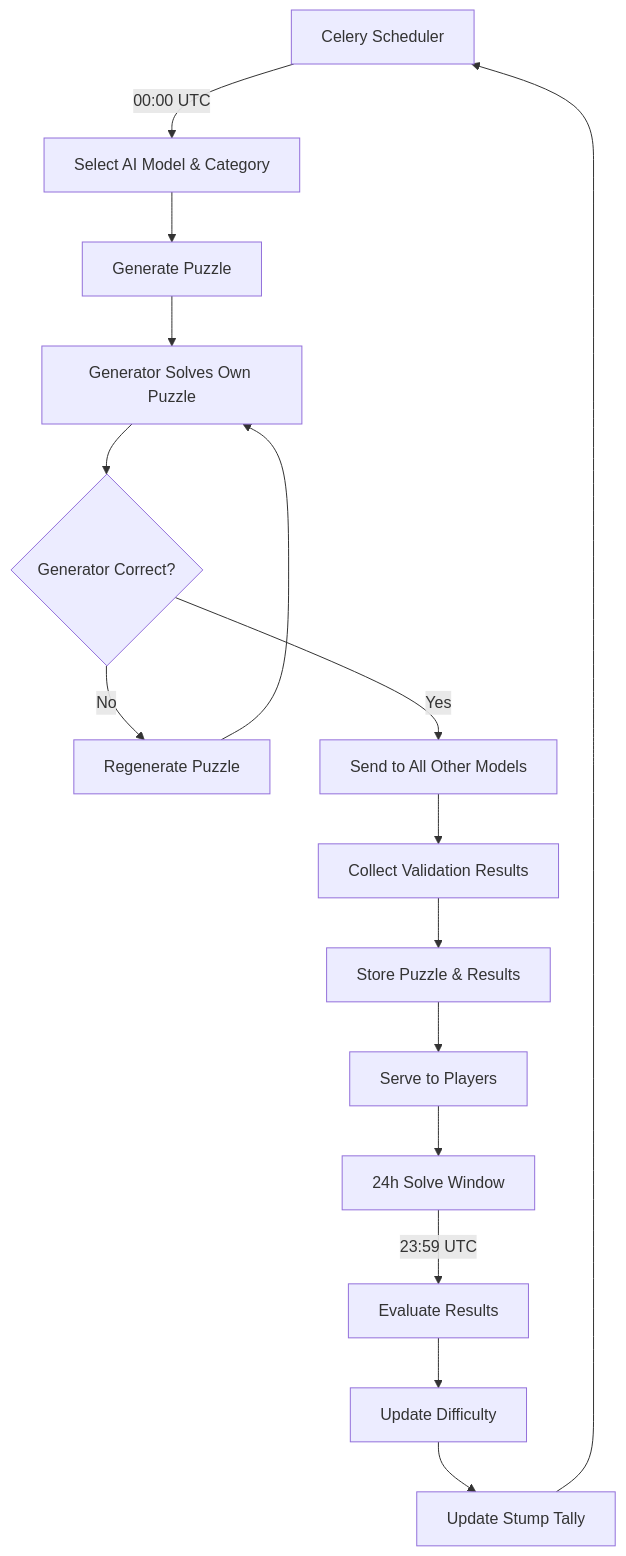
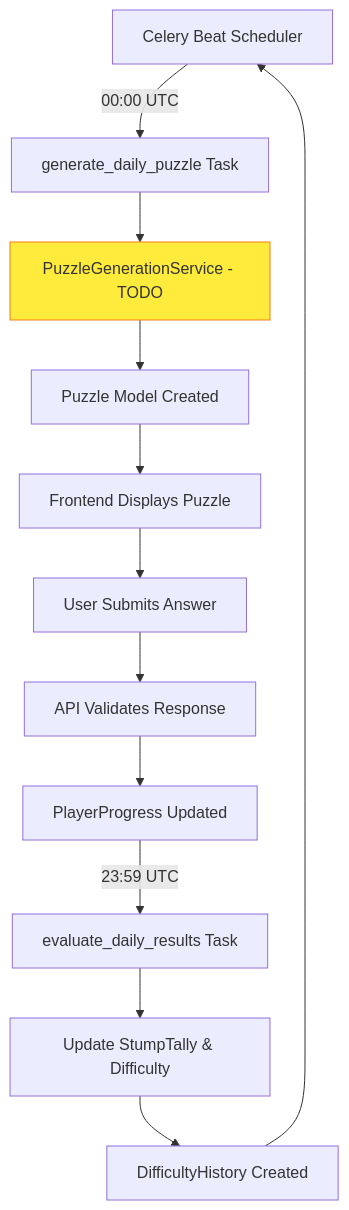
One commit to decross1/the_daily_puzzle changed the diagram in CLAUDE.md. Above: the diagram before and after it, drawn with Mermaid. The commit also changed other lines of this file, not shown here.

Commit message:
update progress in claude file

````diff
--- a/CLAUDE.md
+++ b/CLAUDE.md
@@ -46,18 +51,17 @@
 ```mermaid
 graph TD
-    A[Celery Scheduler] -->|00:00 UTC| B[Select AI Model & Category]
-    B --> C[Generate Puzzle]
-    C --> D[Generator Solves Own Puzzle]
-    D --> E{Generator Correct?}
-    E -->|No| F[Regenerate Puzzle]
-    F --> D
-    E -->|Yes| G[Send to All Other Models]
-    G --> H[Collect Validation Results]
-    H --> I[Store Puzzle & Results]
-    I --> J[Serve to Players]
-    J --> K[24h Solve Window]
-    K -->|23:59 UTC| L[Evaluate Results]
-    L --> M[Update Difficulty]
-    M --> N[Update Stump Tally]
-    N --> A
+    A[Celery Beat Scheduler] -->|00:00 UTC| B[generate_daily_puzzle Task]
+    B --> C[PuzzleGenerationService - TODO]
+    C --> D[Puzzle Model Created]
+    D --> E[Frontend Displays Puzzle]
+    E --> F[User Submits Answer]
+    F --> G[API Validates Response]
+    G --> H[PlayerProgress Updated]
+    H -->|23:59 UTC| I[evaluate_daily_results Task]
+    I --> J[Update StumpTally & Difficulty]
+    J --> K[DifficultyHistory Created]
+    K --> A
+    
+    style C fill:#ffeb3b
+    style C stroke:#f57f17
 ```
````
